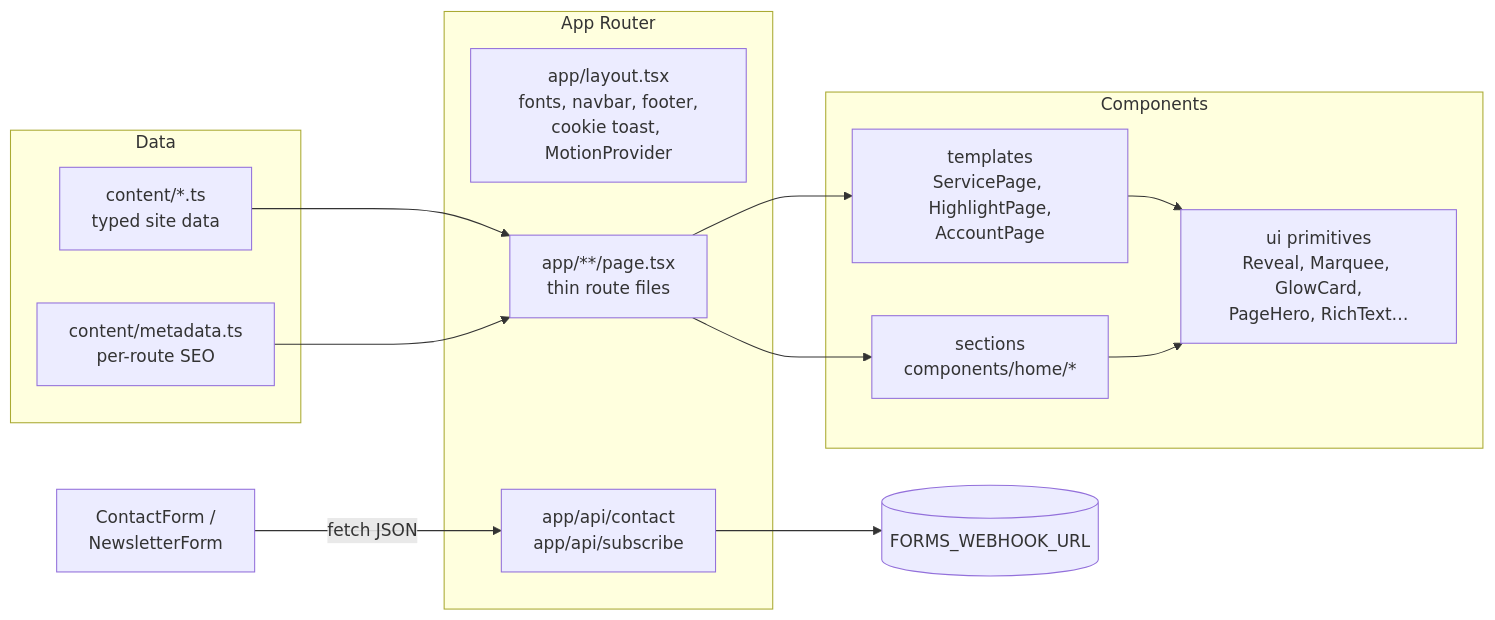
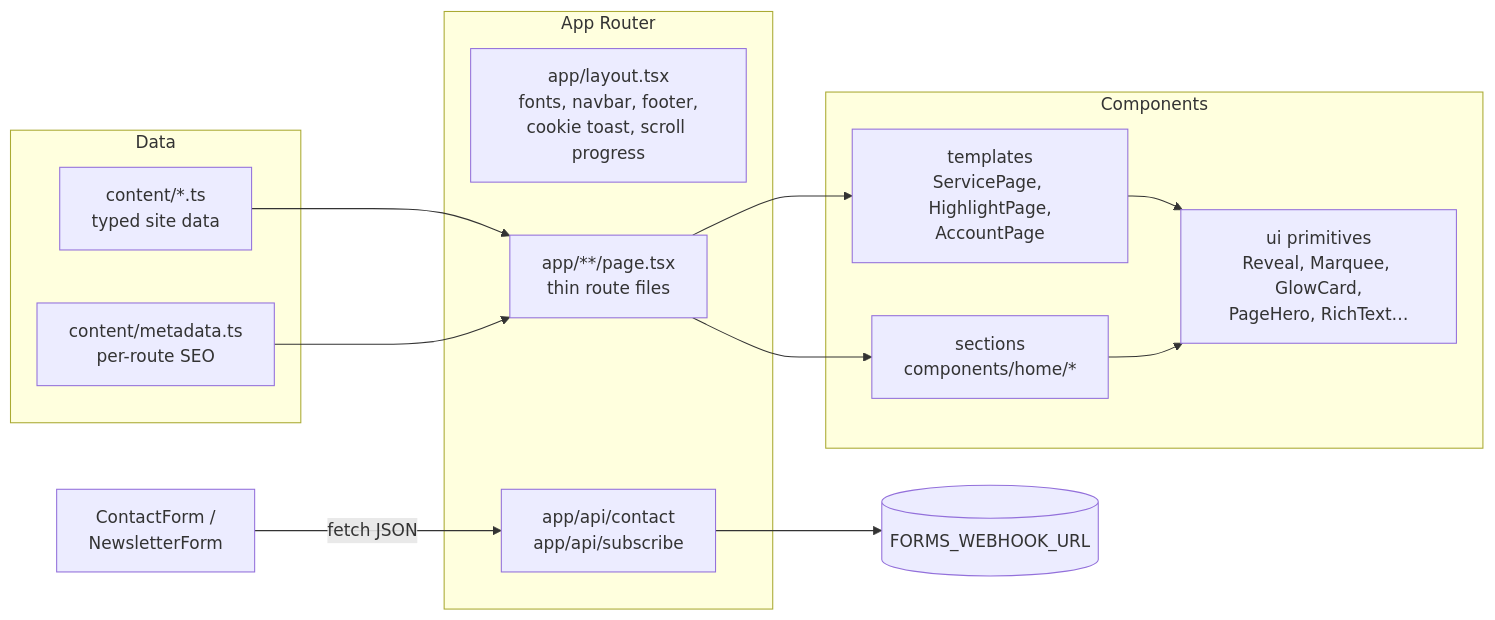
Before and after one commit to mtahaarif/LoveThyNeighbourHC: the diagram in README.md, drawn with Mermaid. The commit also changed other lines of this file and 19 other files, not shown here.

````diff
--- a/README.md
+++ b/README.md
@@ -131,23 +131,23 @@
 ```mermaid
 flowchart LR
   subgraph Data
     C[content/*.ts<br/>typed site data]
     M[content/metadata.ts<br/>per-route SEO]
   end
   subgraph App Router
-    L[app/layout.tsx<br/>fonts, navbar, footer,<br/>cookie toast, MotionProvider]
+    L[app/layout.tsx<br/>fonts, navbar, footer,<br/>cookie toast, scroll progress]
     P[app/**/page.tsx<br/>thin route files]
     API[app/api/contact<br/>app/api/subscribe]
   end
   subgraph Components
     T[templates<br/>ServicePage, HighlightPage,<br/>AccountPage]
     S[sections<br/>components/home/*]
     U[ui primitives<br/>Reveal, Marquee, GlowCard,<br/>PageHero, RichText…]
   end
   C --> P
   M --> P
   P --> T & S
   T --> U
   S --> U
   F[ContactForm /<br/>NewsletterForm] -->|fetch JSON| API --> W[(FORMS_WEBHOOK_URL)]
 ```
````
